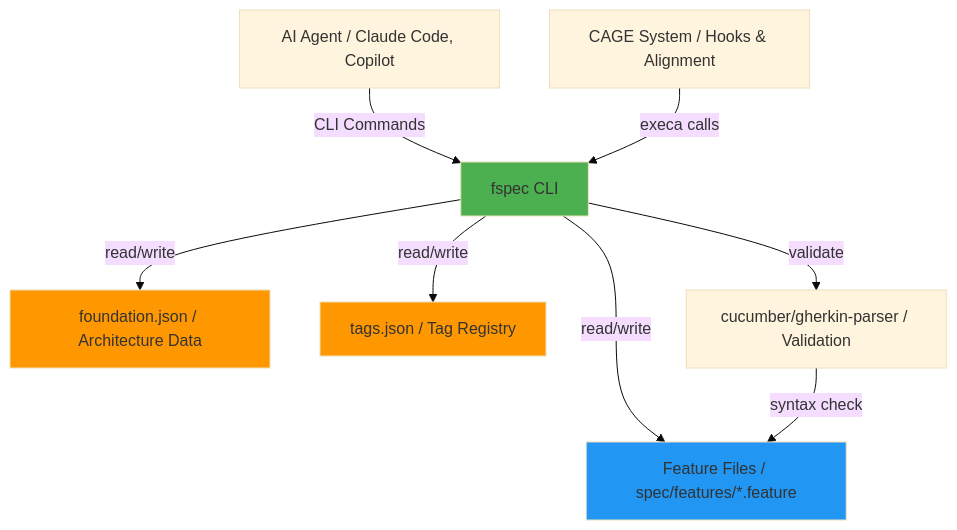
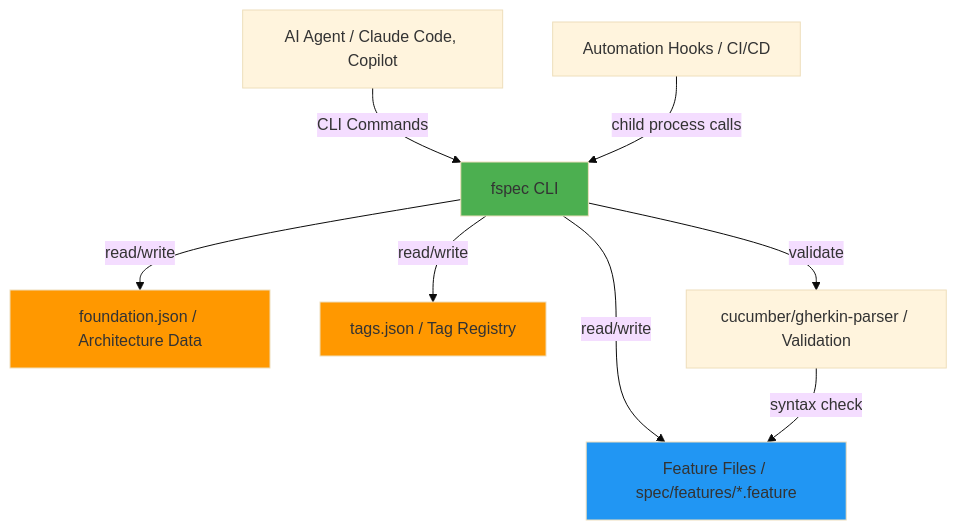
Before and after one commit to sengac/fspec: the first of 11 diagrams in spec/FOUNDATION.md, drawn with Mermaid (base theme). The commit also changed other lines of this file and 16 other files, not shown here.

````diff
--- a/spec/FOUNDATION.md
+++ b/spec/FOUNDATION.md
@@ -281,23 +281,23 @@
 ```mermaid
 graph TB
     AI[AI Agent / Claude Code, Copilot]
-    CAGE[CAGE System / Hooks & Alignment]
+    HOOKS[Automation Hooks / CI/CD]
     FSPEC[fspec CLI]
     FEATURES[Feature Files / spec/features/*.feature]
     FOUNDATION[foundation.json / Architecture Data]
     TAGS[tags.json / Tag Registry]
     PARSER[cucumber/gherkin-parser / Validation]
 
     AI -->|CLI Commands| FSPEC
-    CAGE -->|execa calls| FSPEC
+    HOOKS -->|child process calls| FSPEC
     FSPEC -->|validate| PARSER
     FSPEC -->|read/write| FEATURES
     FSPEC -->|read/write| FOUNDATION
     FSPEC -->|read/write| TAGS
     PARSER -->|syntax check| FEATURES
 
     style FSPEC fill:#4CAF50
     style FEATURES fill:#2196F3
     style FOUNDATION fill:#FF9800
     style TAGS fill:#FF9800
 ```
````
